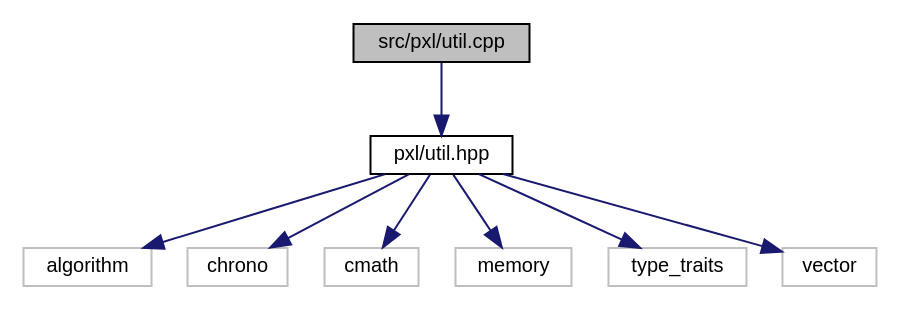
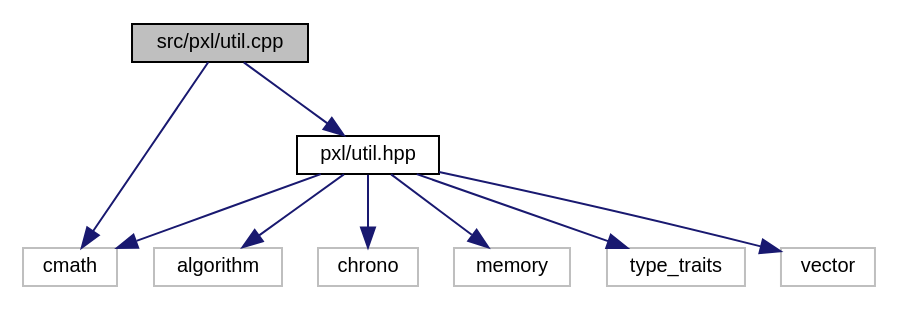
Before and after one commit to Pixel-Lib/Pixel: the diagram in util_8cpp__incl.dot, drawn with Graphviz. The commit also changed 176 other files, not shown here.

```diff
--- a/util_8cpp__incl.dot
+++ b/util_8cpp__incl.dot
@@ -1,21 +1,22 @@
 digraph "src/pxl/util.cpp"
 {
  // LATEX_PDF_SIZE
   edge [fontname="Helvetica",fontsize="10",labelfontname="Helvetica",labelfontsize="10"];
   node [fontname="Helvetica",fontsize="10",shape=record];
   Node1 [label="src/pxl/util.cpp",height=0.2,width=0.4,color="black", fillcolor="grey75", style="filled", fontcolor="black",tooltip=" "];
   Node1 -> Node2 [color="midnightblue",fontsize="10",style="solid",fontname="Helvetica"];
   Node2 [label="pxl/util.hpp",height=0.2,width=0.4,color="black", fillcolor="white", style="filled",URL="$util_8hpp.html",tooltip=" "];
   Node2 -> Node3 [color="midnightblue",fontsize="10",style="solid",fontname="Helvetica"];
   Node3 [label="algorithm",height=0.2,width=0.4,color="grey75", fillcolor="white", style="filled",tooltip=" "];
   Node2 -> Node4 [color="midnightblue",fontsize="10",style="solid",fontname="Helvetica"];
   Node4 [label="chrono",height=0.2,width=0.4,color="grey75", fillcolor="white", style="filled",tooltip=" "];
   Node2 -> Node5 [color="midnightblue",fontsize="10",style="solid",fontname="Helvetica"];
   Node5 [label="cmath",height=0.2,width=0.4,color="grey75", fillcolor="white", style="filled",tooltip=" "];
   Node2 -> Node6 [color="midnightblue",fontsize="10",style="solid",fontname="Helvetica"];
   Node6 [label="memory",height=0.2,width=0.4,color="grey75", fillcolor="white", style="filled",tooltip=" "];
   Node2 -> Node7 [color="midnightblue",fontsize="10",style="solid",fontname="Helvetica"];
   Node7 [label="type_traits",height=0.2,width=0.4,color="grey75", fillcolor="white", style="filled",tooltip=" "];
   Node2 -> Node8 [color="midnightblue",fontsize="10",style="solid",fontname="Helvetica"];
   Node8 [label="vector",height=0.2,width=0.4,color="grey75", fillcolor="white", style="filled",tooltip=" "];
+  Node1 -> Node5 [color="midnightblue",fontsize="10",style="solid",fontname="Helvetica"];
 }
```
